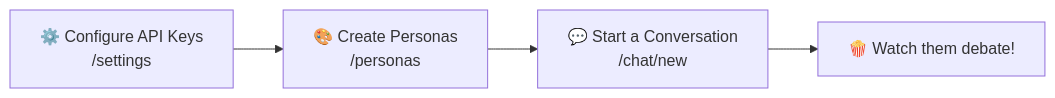
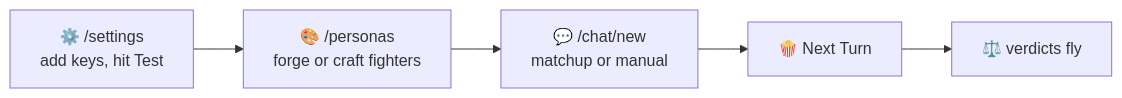
One commit to rustyorb/agent-arena changed the third of 9 diagrams in README.md. Above: the diagram before and after it, drawn with Mermaid. The commit also changed other lines of this file and 1 other file, not shown here.

First line of the commit message:
Docs: max-flex README rewrite + CLAUDE.md architecture update

````diff
--- a/README.md
+++ b/README.md
@@ -117,6 +202,7 @@
 ```mermaid
 flowchart LR
-    A["⚙️ Configure API Keys\n/settings"] --> B["🎨 Create Personas\n/personas"]
-    B --> C["💬 Start a Conversation\n/chat/new"]
-    C --> D["🍿 Watch them debate!"]
+    A["⚙️ /settings<br/>add keys, hit Test"] --> B["🎨 /personas<br/>forge or craft fighters"]
+    B --> C["💬 /chat/new<br/>matchup or manual"]
+    C --> D["🍿 Next Turn"]
+    D --> E["⚖️ verdicts fly"]
 ```
````
